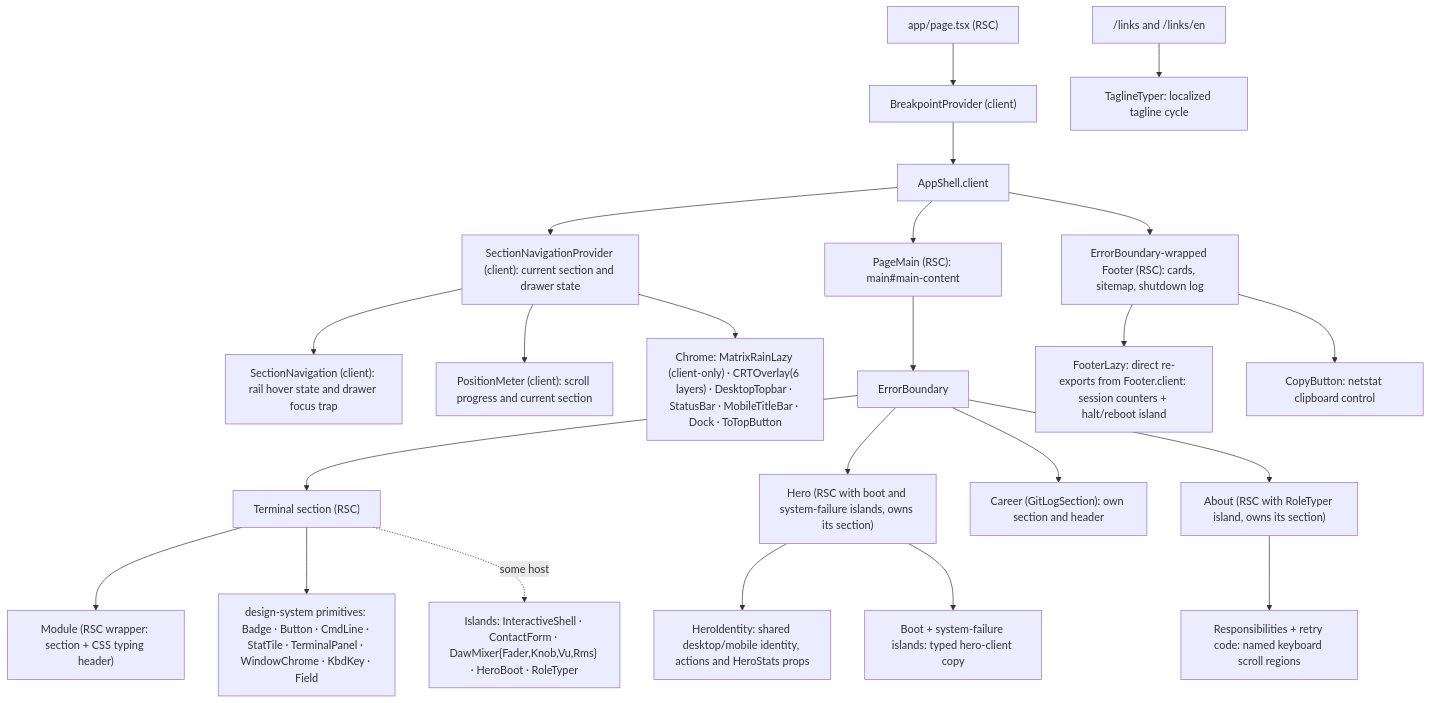
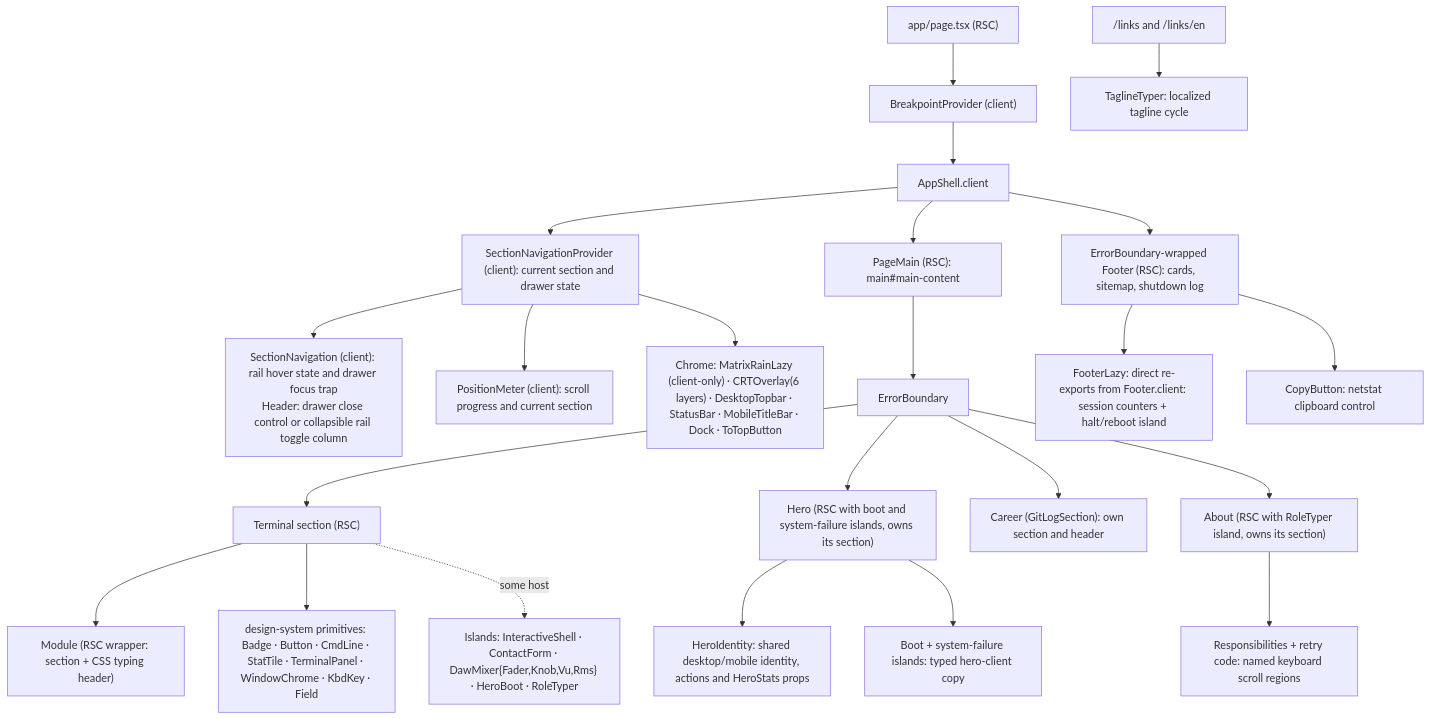
Before and after one commit to erikunha/portfolio: the first of 2 diagrams in docs/04-components-and-state.md, drawn with Mermaid. The commit also changed 3 other files, not shown here.

First line of the commit message:
fix(navigation): remove empty drawer header column

````diff
--- a/docs/04-components-and-state.md
+++ b/docs/04-components-and-state.md
@@ -26,25 +26,25 @@
 ```mermaid
 flowchart TD
     page["app/page.tsx (RSC)"] --> bp["BreakpointProvider (client)"]
     bp --> shell["AppShell.client"]
     shell --> navigation["SectionNavigationProvider (client): current section and drawer state"]
-    navigation --> rail["SectionNavigation (client): rail hover state and drawer focus trap"]
+    navigation --> rail["SectionNavigation (client): rail hover state and drawer focus trap<br/>Header: drawer close control or collapsible rail toggle column"]
     navigation --> position["PositionMeter (client): scroll progress and current section"]
     navigation --> chrome["Chrome: MatrixRainLazy (client-only) · CRTOverlay(6 layers) · DesktopTopbar · StatusBar · MobileTitleBar · Dock · ToTopButton"]
     shell --> main["PageMain (RSC): main#main-content"]
     main --> eb["ErrorBoundary"]
     eb --> sec["Terminal section (RSC)"]
     sec --> mod["Module (RSC wrapper: section + CSS typing header)"]
     sec --> dsp["design-system primitives: Badge · Button · CmdLine · StatTile · TerminalPanel · WindowChrome · KbdKey · Field"]
     sec -. some host .-> isl["Islands: InteractiveShell · ContactForm · DawMixer{Fader,Knob,Vu,Rms} · HeroBoot · RoleTyper"]
     eb --> hero["Hero (RSC with boot and system-failure islands, owns its section)"]
     hero --> identity["HeroIdentity: shared desktop/mobile identity, actions and HeroStats props"]
     hero --> clientcopy["Boot + system-failure islands: typed hero-client copy"]
     eb --> career["Career (GitLogSection): own section and header"]
     eb --> about["About (RSC with RoleTyper island, owns its section)"]
     about --> scroll["Responsibilities + retry code: named keyboard scroll regions"]
     shell --> fl["ErrorBoundary-wrapped Footer (RSC): cards, sitemap, shutdown log"]
     fl --> fi["FooterLazy: direct re-exports from Footer.client: session counters + halt/reboot island"]
     fl --> fc["CopyButton: netstat clipboard control"]
     links["/links and /links/en"] --> tagline["TaglineTyper: localized tagline cycle"]
 ```
````
